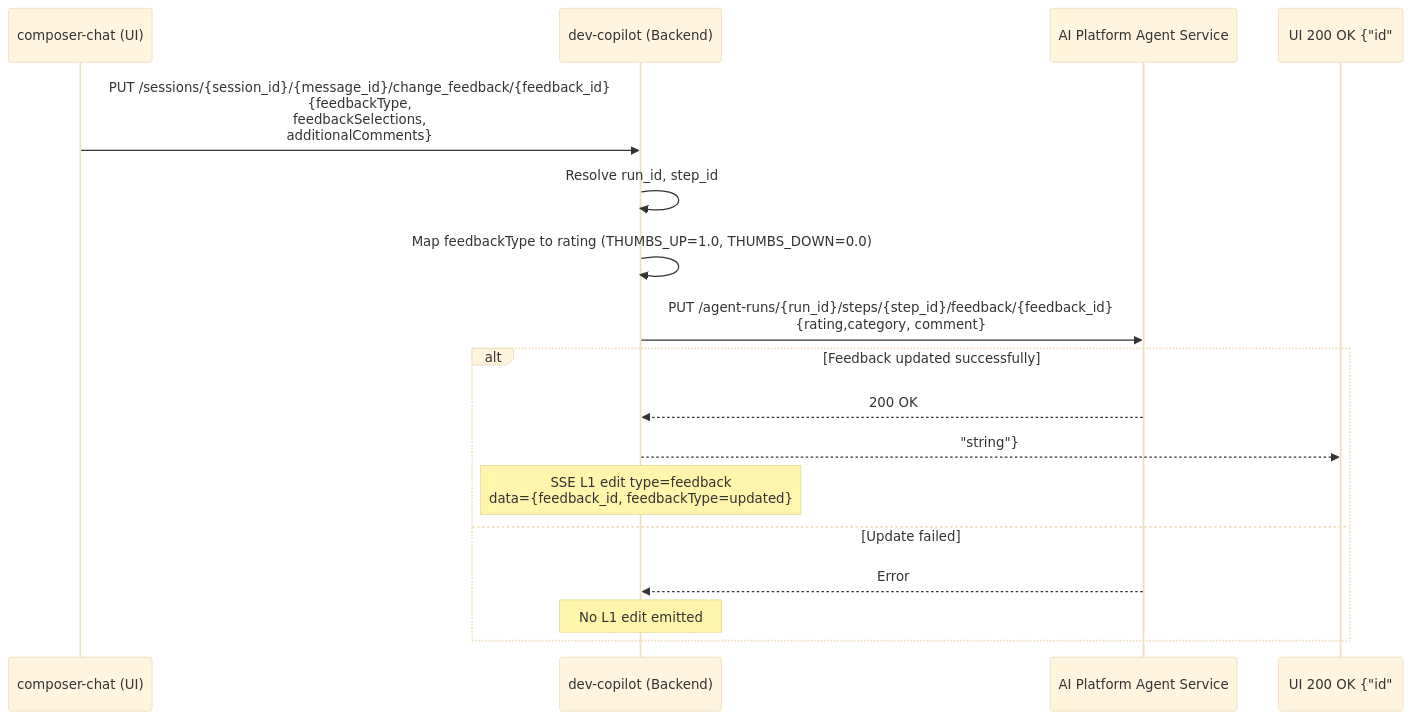
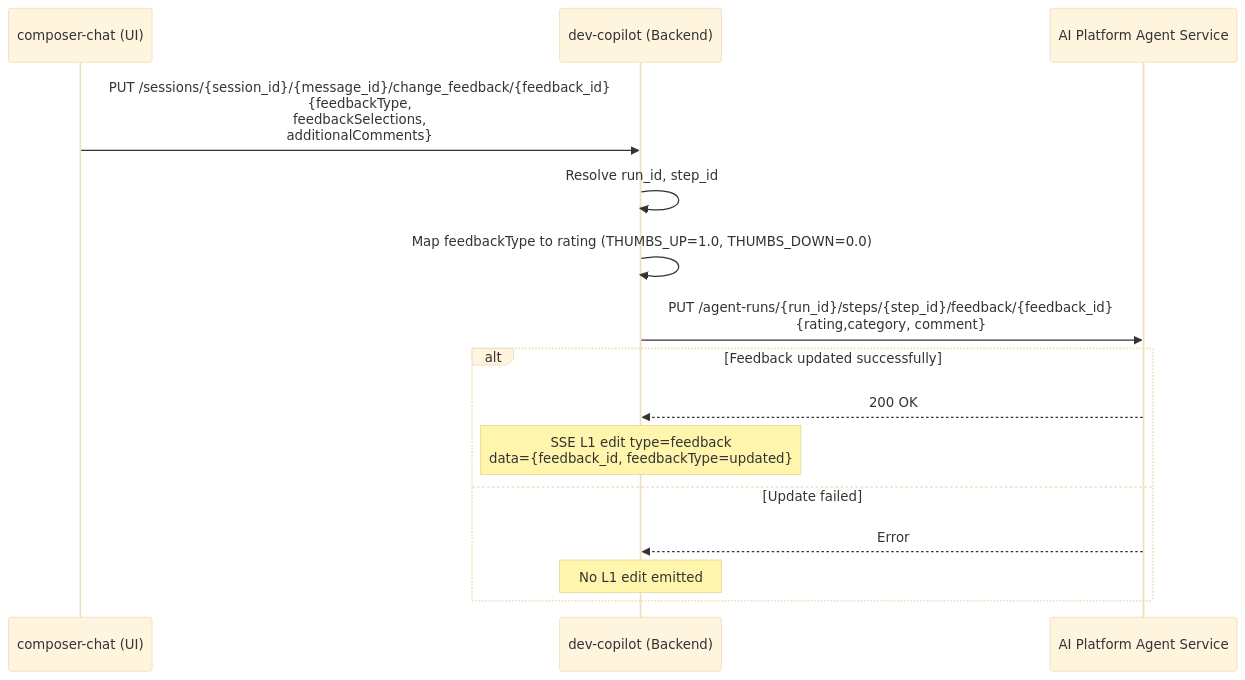
The third of 4 diagrams in spec.md (vananya23/myrepo), drawn with Mermaid (base theme) before and after one commit. The commit also changed other lines of this file, not shown here.

````diff
--- a/spec.md
+++ b/spec.md
@@ -75,19 +75,18 @@
 ```mermaid
 sequenceDiagram
     participant UI as composer-chat (UI)
     participant BE as dev-copilot (Backend)
     participant AIP as AI Platform Agent Service
 
     UI->>BE: PUT /sessions/{session_id}/{message_id}/change_feedback/{feedback_id}<br/>{feedbackType,<br/>feedbackSelections,<br/>additionalComments}
     BE->>BE: Resolve run_id, step_id 
     BE->>BE: Map feedbackType to rating (THUMBS_UP=1.0, THUMBS_DOWN=0.0)
     BE->>AIP: PUT /agent-runs/{run_id}/steps/{step_id}/feedback/{feedback_id}<br/>{rating,category, comment}
     alt Feedback updated successfully
         AIP-->>BE: 200 OK
-        BE-->>UI 200 OK {"id":"string"}
         Note over BE: SSE L1 edit type=feedback<br/>data={feedback_id, feedbackType=updated}
     else Update failed
         AIP-->>BE: Error
         Note over BE: No L1 edit emitted
     end
 ```
````
